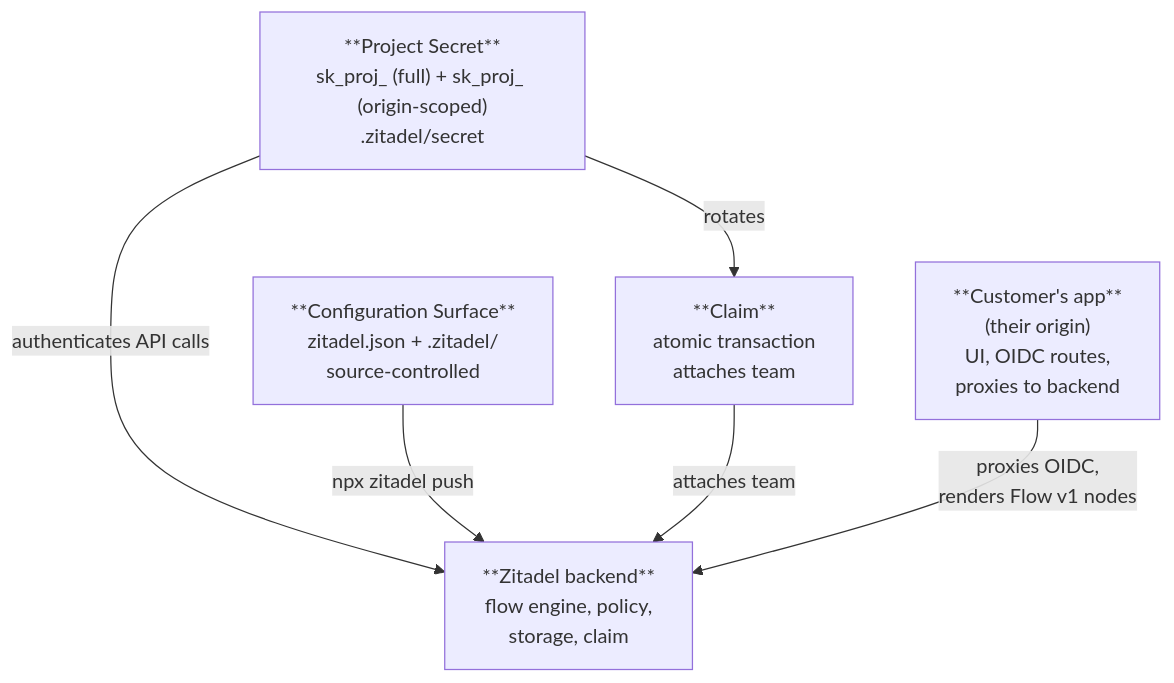
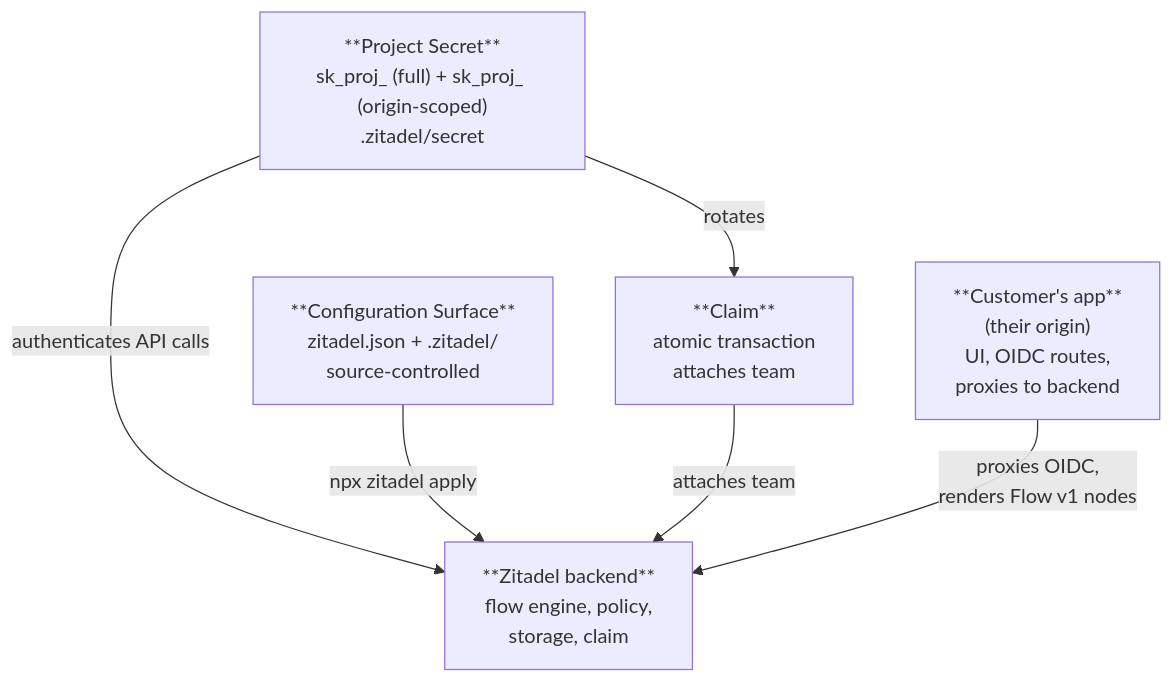
Before and after one commit to zitadel/nextgen: the diagram in docs/design/platform/README.md, drawn with Mermaid. The commit also changed other lines of this file and 71 other files, not shown here.

````diff
--- a/docs/design/platform/README.md
+++ b/docs/design/platform/README.md
@@ -58,14 +58,14 @@
 ```mermaid
 graph TD
     Secret["**Project Secret**<br>sk_proj_ (full) + sk_proj_ (origin-scoped)<br>.zitadel/secret"]
     Config["**Configuration Surface**<br>zitadel.json + .zitadel/<br>source-controlled"]
     Claim["**Claim**<br>atomic transaction<br>attaches team"]
     CustomerApp["**Customer's app**<br>(their origin)<br>UI, OIDC routes,<br>proxies to backend"]
     Backend["**Zitadel backend**<br>flow engine, policy,<br>storage, claim"]
 
     Secret -- "authenticates API calls" --> Backend
-    Config -- "npx zitadel push" --> Backend
+    Config -- "npx zitadel apply" --> Backend
     Secret -- "rotates" --> Claim
     Claim -- "attaches team" --> Backend
     CustomerApp -- "proxies OIDC,<br>renders Flow v1 nodes" --> Backend
 ```
````
